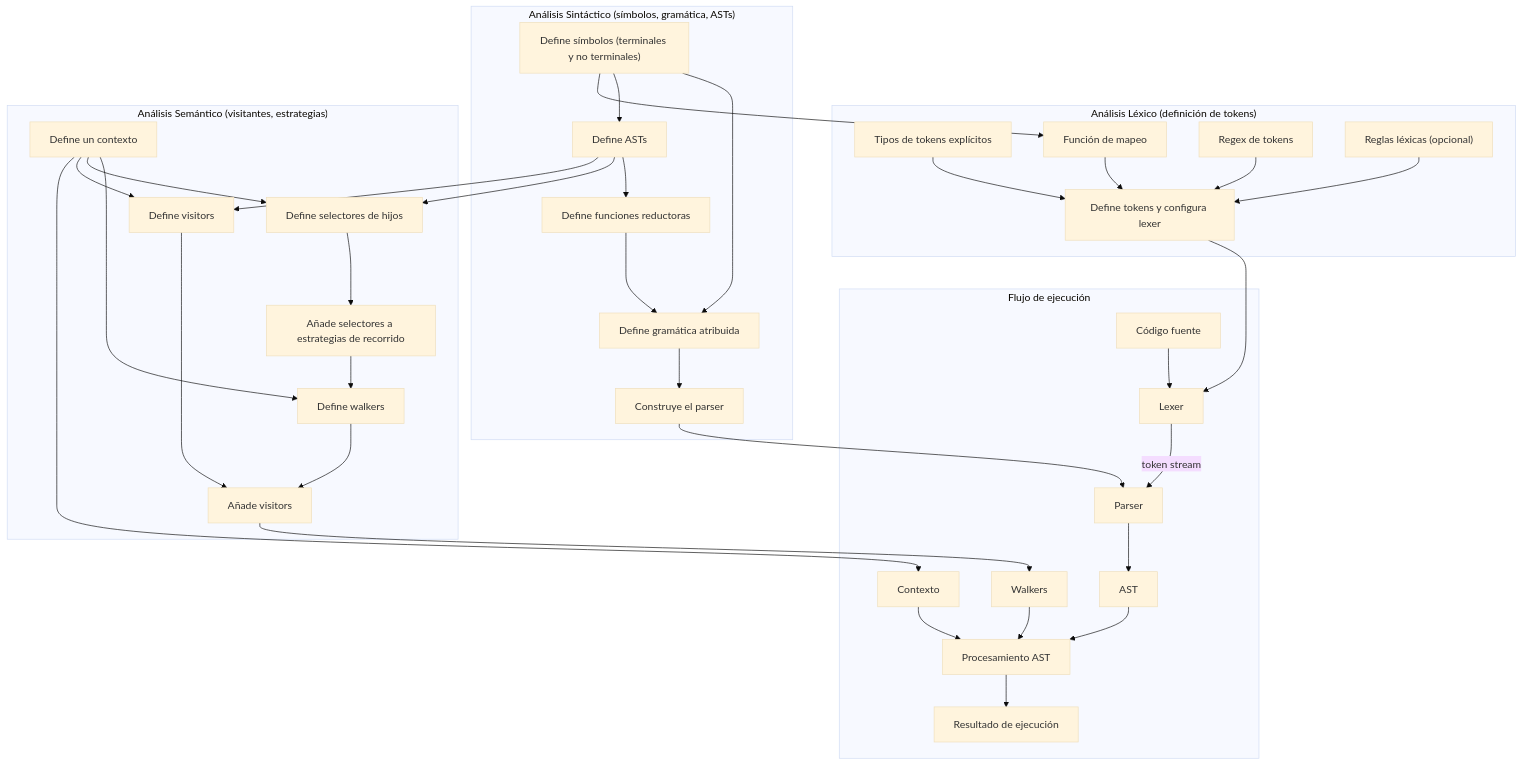
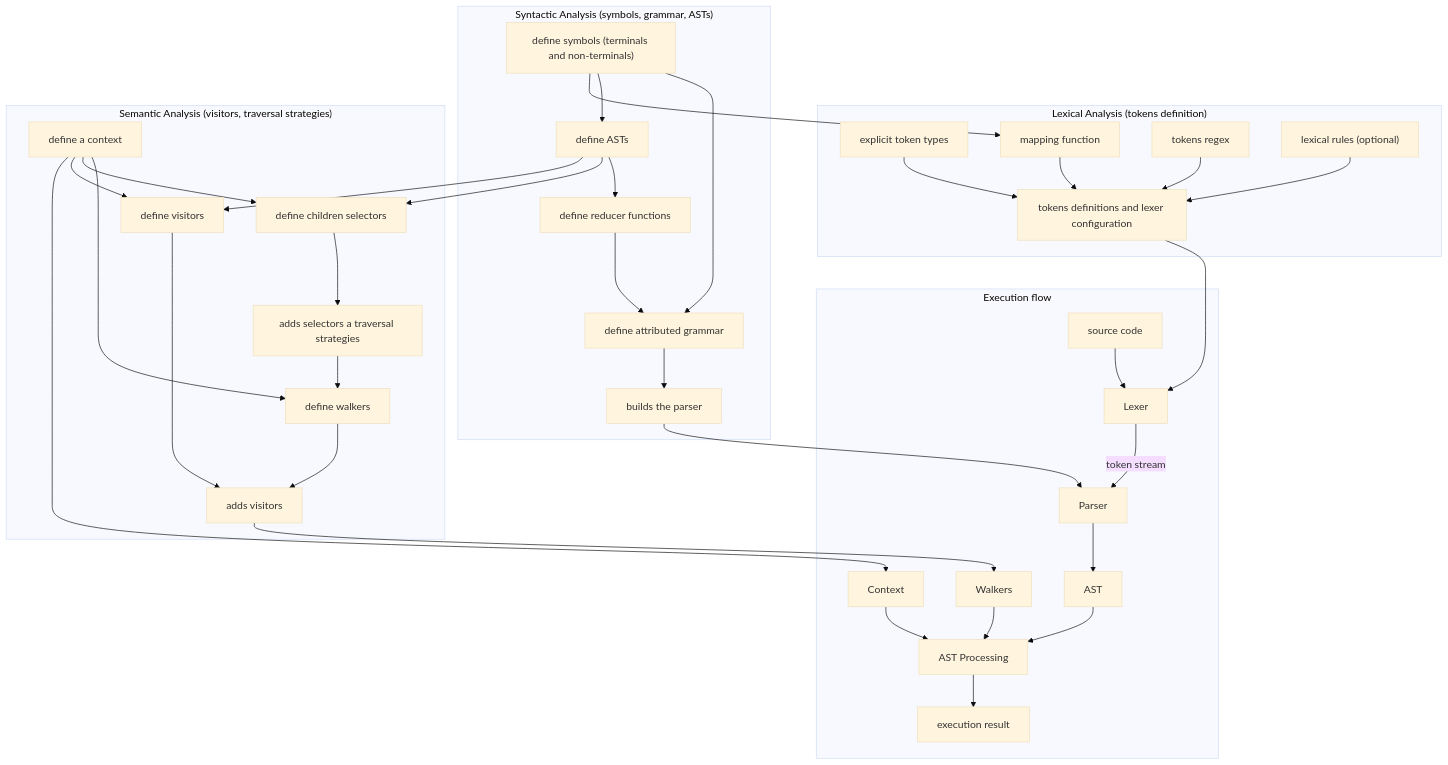
Before and after one commit to YonyUk/pylgen: the diagram in docs/section-1/example-1-step-4.md, drawn with Mermaid (base theme). The commit also changed 3 other files, not shown here.

````diff
--- a/docs/section-1/example-1-step-4.md
+++ b/docs/section-1/example-1-step-4.md
@@ -238,34 +238,32 @@
 ```mermaid
 %%{init:{ 'flowchart': { 'rankSpacing': 800, 'nodeSpacing': 30 } }%%
 flowchart TB
-    %% Definición de todos los nodos (globales)
-    A["Define tokens y configura lexer"]
-    B["Tipos de tokens explícitos"]
-    C["Función de mapeo"]
-    D["Regex de tokens"]
-    E["Reglas léxicas (opcional)"]
-    F["Define símbolos (terminales y no terminales)"]
-    G["Define gramática atribuida"]
-    H["Define funciones reductoras"]
-    I["Define ASTs"]
-    J["Construye el parser"]
-    K["Define selectores de hijos"]
-    L["Añade selectores a estrategias de recorrido"]
-    M["Define un contexto"]
-    N["Define walkers"]
-    O["Define visitors"]
-    P["Añade visitors"]
-    RawCode["Código fuente"]
+    A["tokens definitions and lexer configuration"]
+    B["explicit token types"]
+    C["mapping function"]
+    D["tokens regex"]
+    E["lexical rules (optional)"]
+    F["define symbols (terminals and non-terminals)"]
+    G["define attributed grammar"]
+    H["define reducer functions"]
+    I["define ASTs"]
+    J["builds the parser"]
+    K["define children selectors"]
+    L["adds selectors a traversal strategies"]
+    M["define a context"]
+    N["define walkers"]
+    O["define visitors"]
+    P["adds visitors"]
+    RawCode["source code"]
     Lexer["Lexer"]
     Parser["Parser"]
-    Context["Contexto"]
+    Context["Context"]
     Walkers["Walkers"]
     AST["AST"]
-    AST_Processing["Procesamiento AST"]
-    Result["Resultado de ejecución"]
+    AST_Processing["AST Processing"]
+    Result["execution result"]
 
-    %% Subgrafos (solo contienen nodos)
-    subgraph Lexical_Analysis_State["Análisis Léxico (definición de tokens)"]
+    subgraph Lexical_Analysis_State["Lexical Analysis (tokens definition)"]
         A
         B
         C
@@ -273,7 +271,7 @@
         E
     end
 
-    subgraph Syntax_Analysis_State["Análisis Sintáctico (símbolos, gramática, ASTs)"]
+    subgraph Syntax_Analysis_State["Syntactic Analysis (symbols, grammar, ASTs)"]
         F
         G
         H
@@ -281,7 +279,7 @@
         J
     end
 
-    subgraph Semantic_Analysis_State["Análisis Semántico (visitantes, estrategias)"]
+    subgraph Semantic_Analysis_State["Semantic Analysis (visitors, traversal strategies)"]
         K
         L
         M
@@ -290,7 +288,7 @@
         P
     end
 
-    subgraph Execution["Flujo de ejecución"]
+    subgraph Execution["Execution flow"]
         RawCode
         Lexer
         Parser
@@ -301,7 +299,6 @@
         Result
     end
 
-    %% Conexiones dentro de cada subgrafo (opcional)
     B --> A
     C --> A
     D --> A
@@ -321,7 +318,6 @@
     N --> P
     O --> P
 
-    %% Conexiones entre subgrafos (usando nodos específicos)
     A --> Lexer
     J --> Parser
     M --> Context
@@ -334,7 +330,6 @@
     Context --> AST_Processing
     AST_Processing --> Result
 
-    %% Dependencias entre fases (con nodos representativos)
     F --> C
     I --> K
     I --> O
````
